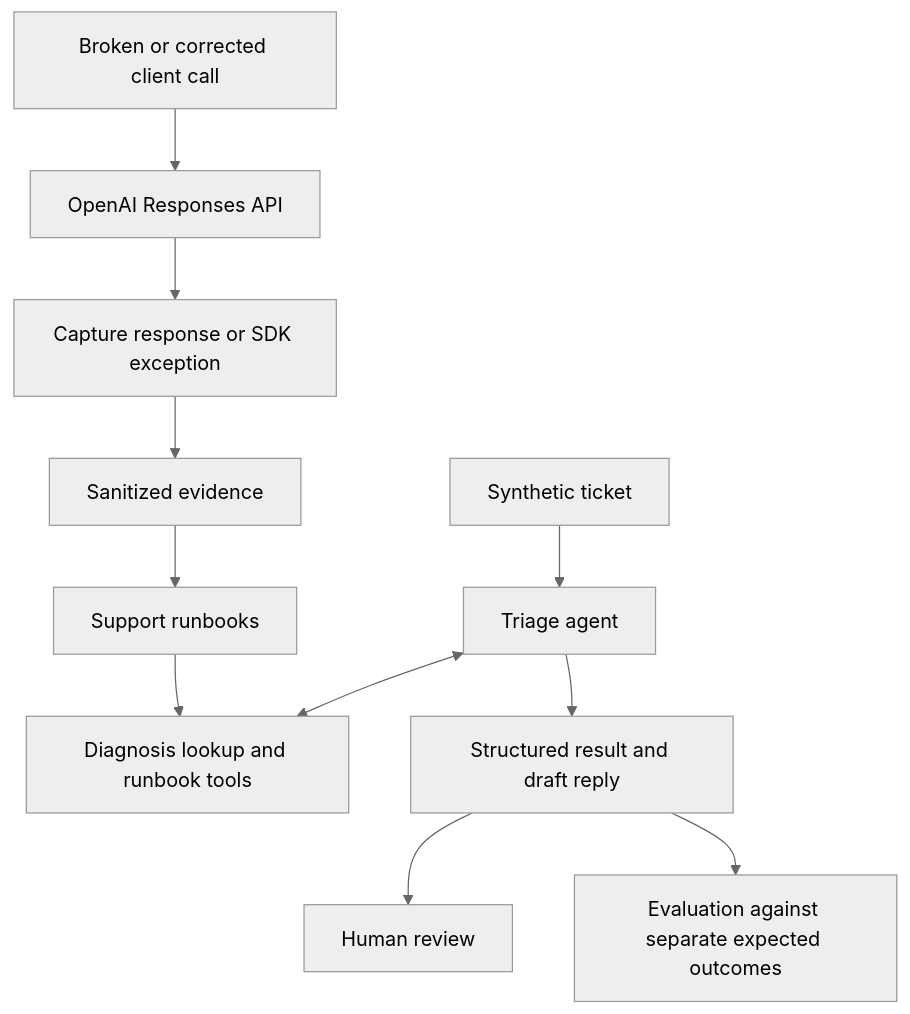
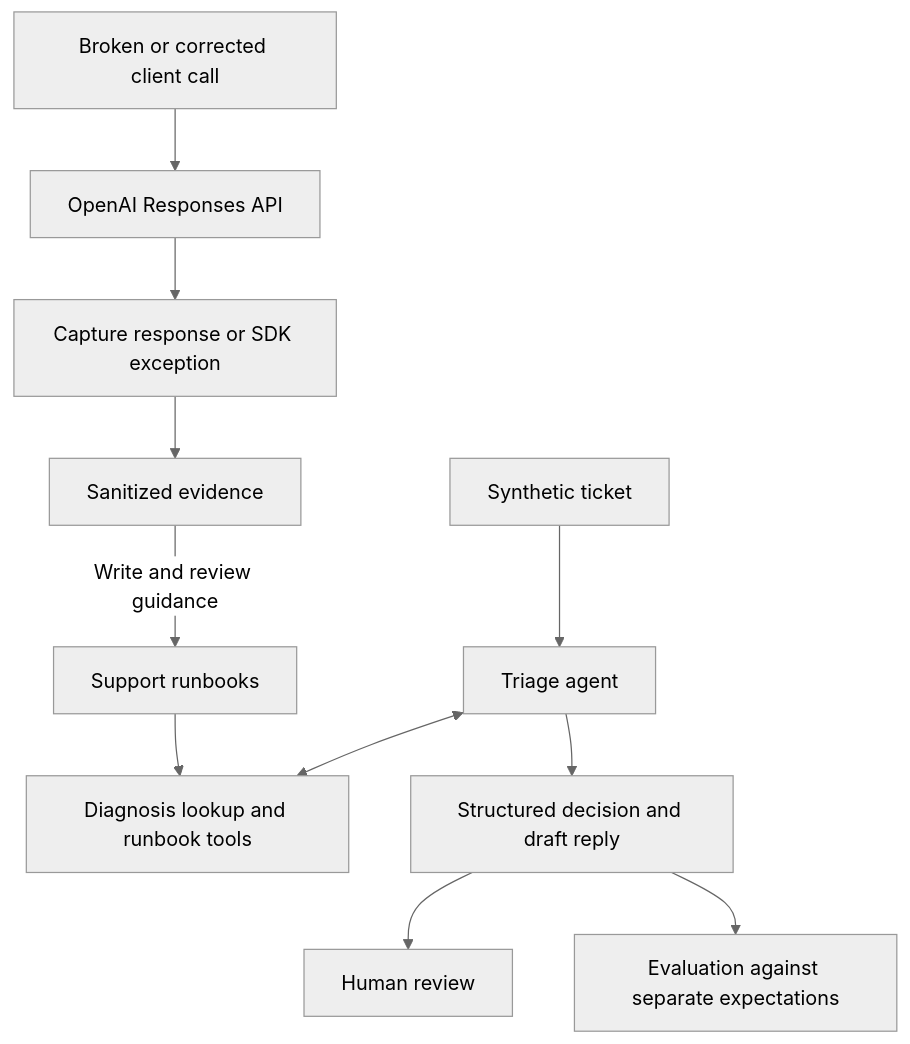
Before and after one commit to tjcollins321/api-support-lab: the diagram in README.md, drawn with Mermaid (neutral theme). The commit also changed other lines of this file and 8 other files, not shown here.

````diff
--- a/README.md
+++ b/README.md
@@ -17,13 +81,13 @@
 ```mermaid
 flowchart TD
     A[Broken or corrected client call] --> B[OpenAI Responses API]
     B --> C[Capture response or SDK exception]
     C --> D[Sanitized evidence]
-    D --> E[Support runbooks]
+    D -->|Write and review guidance| E[Support runbooks]
     T[Synthetic ticket] --> F[Triage agent]
     F <--> G[Diagnosis lookup and runbook tools]
     E --> G
-    F --> H[Structured result and draft reply]
+    F --> H[Structured decision and draft reply]
     H --> I[Human review]
-    H --> J[Evaluation against separate expected outcomes]
+    H --> J[Evaluation against separate expectations]
 ```
````
